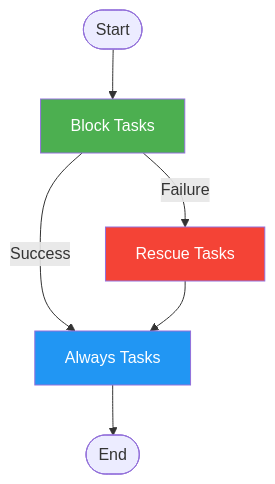
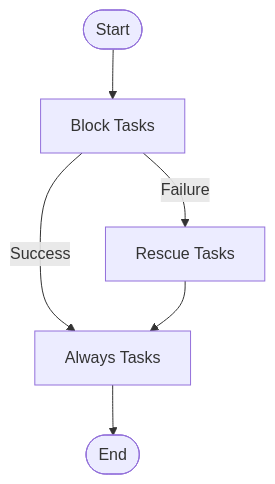
Before and after one commit to juwon8891/juwon8891.github.io: the fifth of 7 diagrams in docs/k8s-deploy/week2-ansible-basics.md, drawn with Mermaid. The commit also changed other lines of this file and 18 other files, not shown here.

Commit message:
Remove bright colors from Mermaid diagrams for dark mode compatibility

````diff
--- a/docs/k8s-deploy/week2-ansible-basics.md
+++ b/docs/k8s-deploy/week2-ansible-basics.md
@@ -701,14 +693,11 @@
 ```mermaid
 graph TB
     Start([Start]) --> Block[Block Tasks]
 
     Block -->|Success| Always[Always Tasks]
     Block -->|Failure| Rescue[Rescue Tasks]
 
     Rescue --> Always
     Always --> End([End])
 
-    style Block fill:#4CAF50,color:#fff
-    style Rescue fill:#F44336,color:#fff
-    style Always fill:#2196F3,color:#fff
 ```
````
